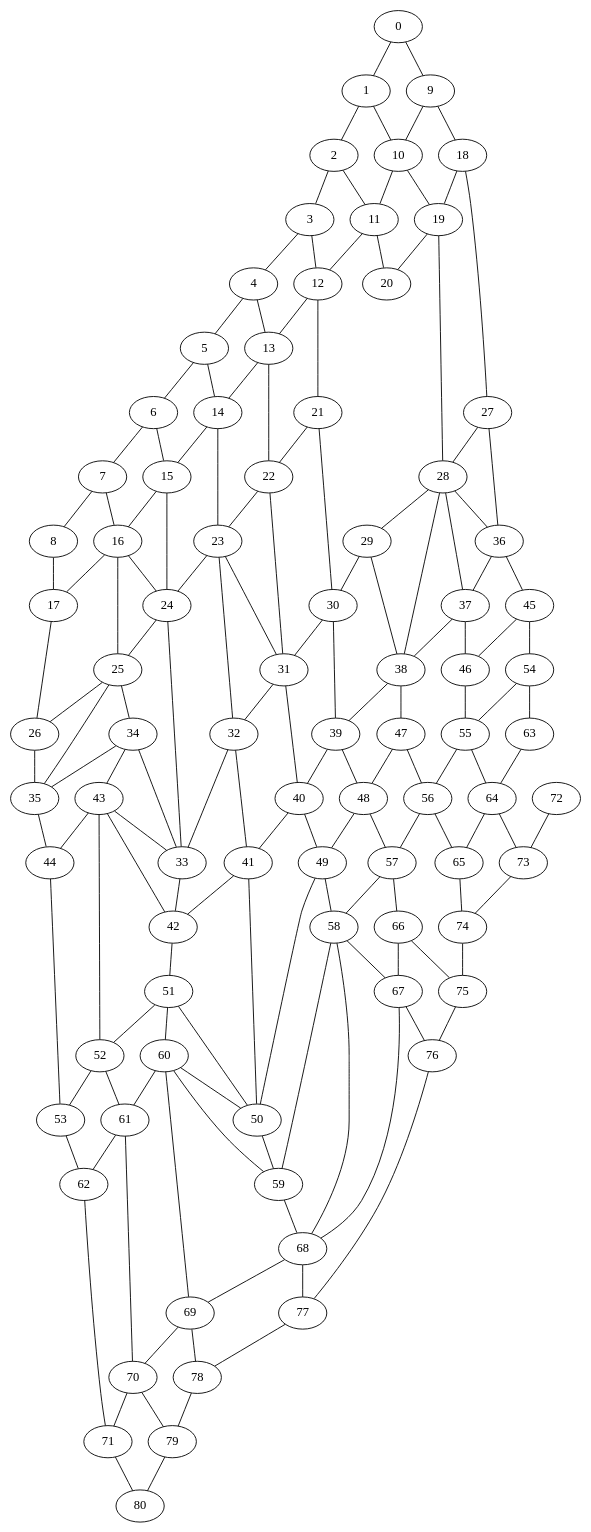
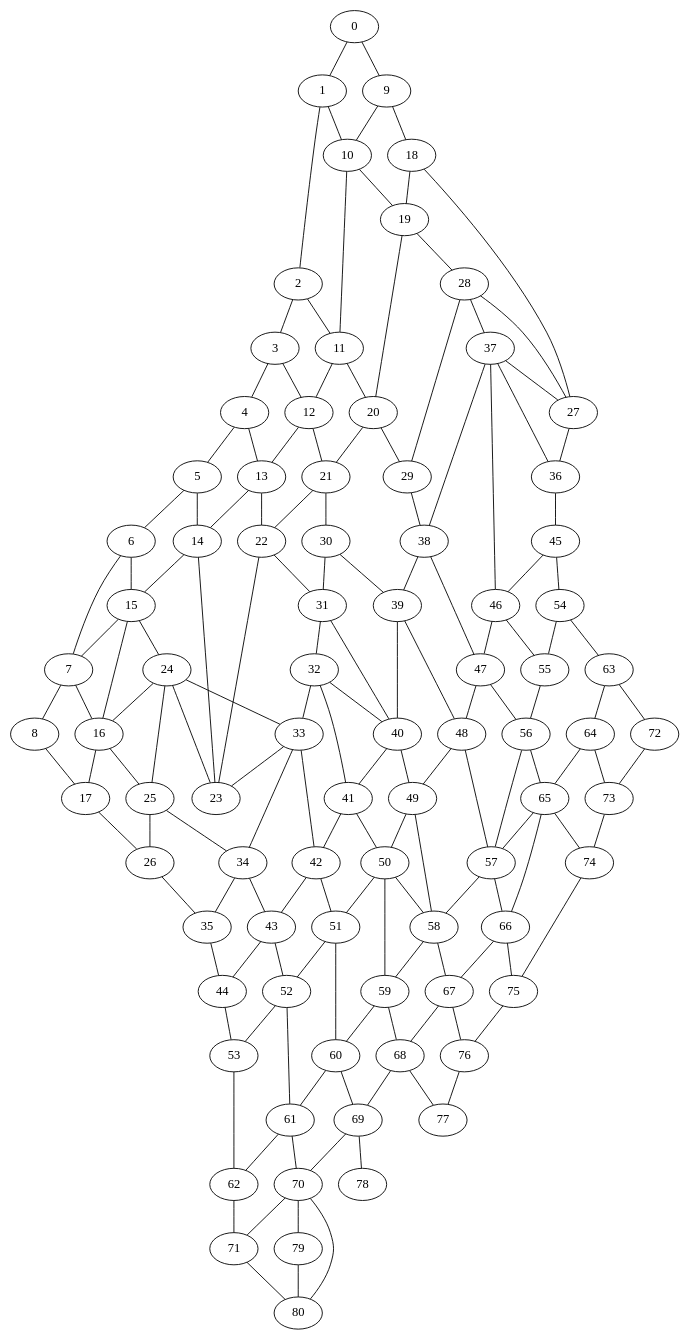
Before and after one commit to lorenzorizzi17/urban_network: the diagram in fig/graph.dot, drawn with Graphviz. The commit also changed 8 other files, not shown here.

```diff
--- a/fig/graph.dot
+++ b/fig/graph.dot
@@ -118,11 +118,12 @@
 18--27 ;
 19--28 ;
 19--20 ;
+20--29 ;
+20--21 ;
 21--30 ;
 21--22 ;
 22--31 ;
 22--23 ;
-23--32 ;
 23--24 ;
 24--33 ;
 24--25 ;
@@ -134,7 +135,6 @@
 28--37 ;
 28--29 ;
 29--38 ;
-29--30 ;
 30--39 ;
 30--31 ;
 31--40 ;
@@ -166,6 +166,7 @@
 45--46 ;
 45--54 ;
 46--55 ;
+46--47 ;
 47--56 ;
 47--48 ;
 48--57 ;
@@ -181,7 +182,6 @@
 53--62 ;
 54--55 ;
 54--63 ;
-55--64 ;
 55--56 ;
 56--65 ;
 56--57 ;
@@ -197,9 +197,11 @@
 61--62 ;
 62--71 ;
 63--64 ;
+63--72 ;
 64--73 ;
 64--65 ;
 65--74 ;
+65--66 ;
 66--75 ;
 66--67 ;
 67--76 ;
@@ -216,15 +218,13 @@
 74--75 ;
 75--76 ;
 76--77 ;
-77--78 ;
-78--79 ;
 79--80 ;
-60--50 ;
-23--31 ;
-43--33 ;
-58--68 ;
-28--38 ;
-28--36 ;
-25--35 ;
-16--24 ;
+33--23 ;
+15--7 ;
+32--40 ;
+65--57 ;
+37--27 ;
+24--16 ;
+50--58 ;
+70--80 ;
 }
```
